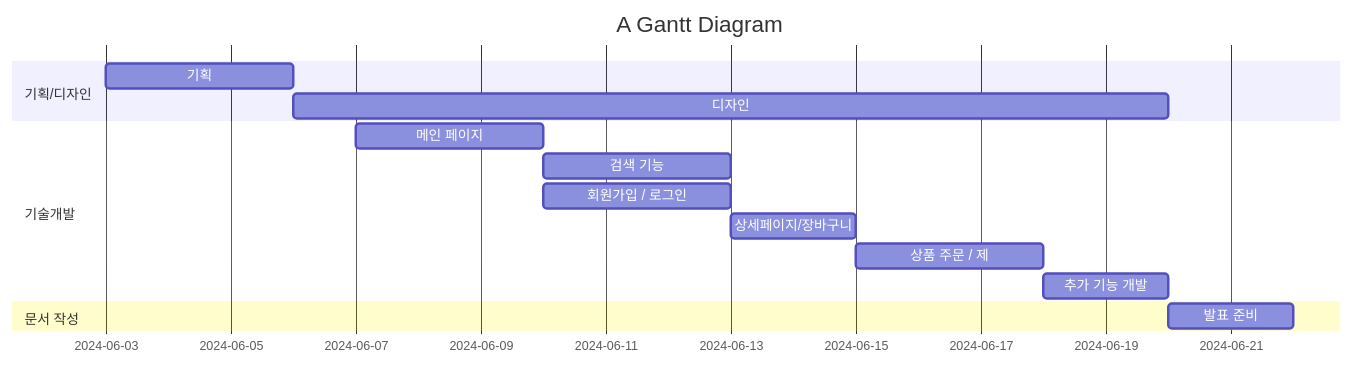
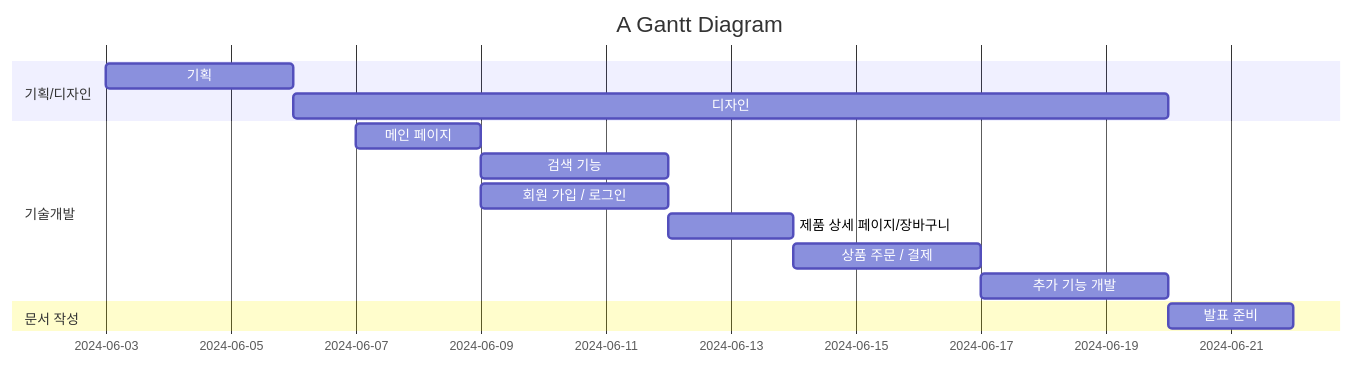
One commit to laira2/hyean changed the diagram in README.md. Above: the diagram before and after it, drawn with Mermaid.

````diff
--- a/README.md
+++ b/README.md
@@ -3,17 +3,17 @@
 ```mermaid
   gantt
     title A Gantt Diagram
     dateFormat  YYYY-MM-DD
     section 기획/디자인
     기획           :a1, 2024-06-03, 3d
     디자인     :after a1  , 14d
     section 기술개발
-    메인 페이지      :a2, 2024-06-07  , 3d
+    메인 페이지      :a2, 2024-06-07  , 2d
     검색 기능       :after a2, 3d
-    회원가입 / 로그인 :a3, after a2, 3d
-    상세페이지/장바구니 :a4, after a3, 2d
-    상품 주문 / 제 :a5, after a4, 3d
-    추가 기능 개발 : after a5, 2d
+    회원 가입 / 로그인 :a3, after a2, 3d
+    제품 상세 페이지/장바구니 :a4, after a3, 2d
+    상품 주문 / 결제 :a5, after a4, 3d
+    추가 기능 개발 : after a5, 3d
     section 문서 작성
     발표 준비 : 2024-06-20, 2d
 ```
````
